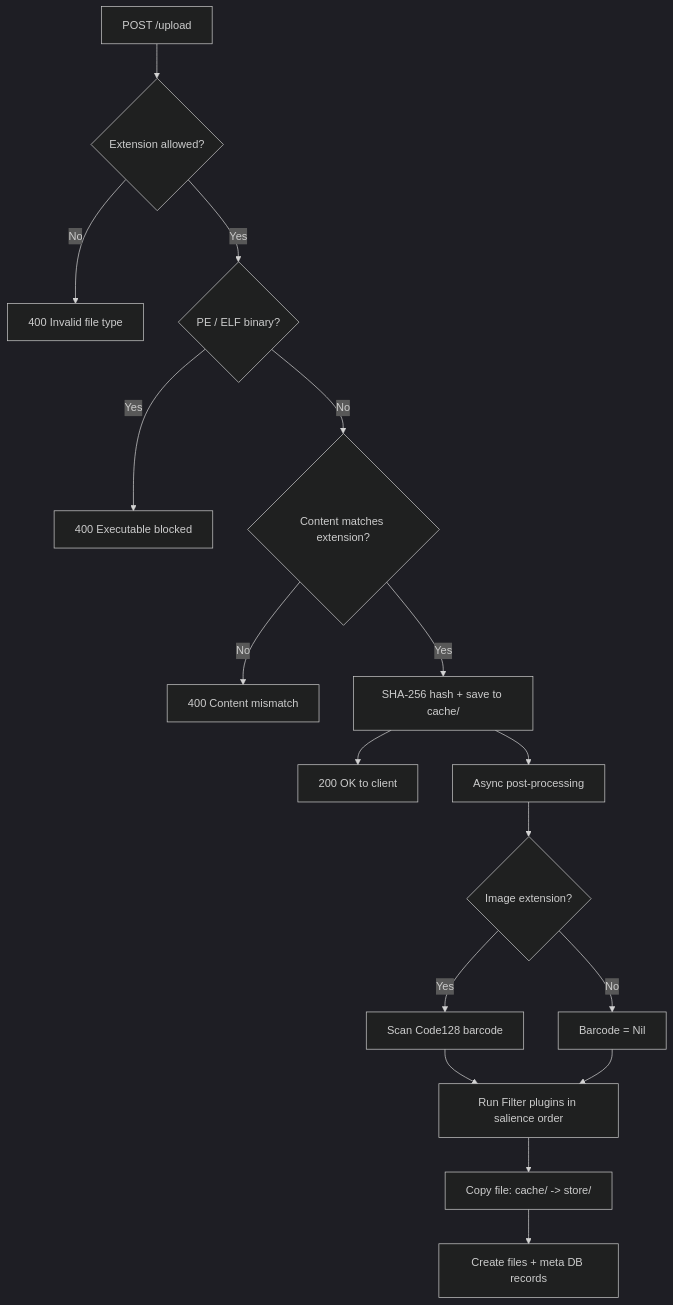
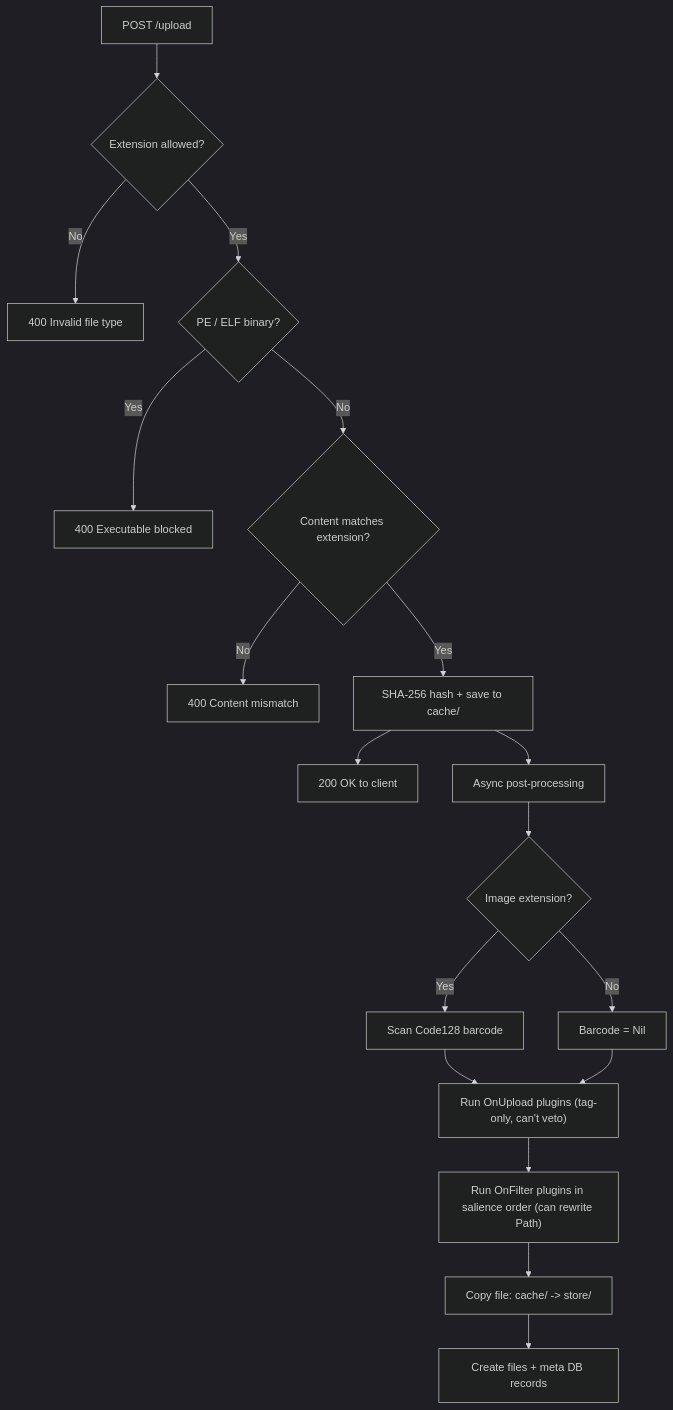
Before and after one commit to KilroyWasHere-cs-j/Dewey: the second of 4 diagrams in README.md, drawn with Mermaid (dark theme). The commit also changed other lines of this file and 2 other files, not shown here.

````diff
--- a/README.md
+++ b/README.md
@@ -86,19 +87,20 @@
 ```mermaid
 flowchart TD
     A["POST /upload"] --> B{"Extension allowed?"}
     B -- No --> R1["400 Invalid file type"]
     B -- Yes --> C{"PE / ELF binary?"}
     C -- Yes --> R2["400 Executable blocked"]
     C -- No --> D{"Content matches extension?"}
     D -- No --> R3["400 Content mismatch"]
     D -- Yes --> E["SHA-256 hash + save to cache/"]
     E --> F["200 OK to client"]
     E --> G["Async post-processing"]
     G --> H{"Image extension?"}
     H -- Yes --> I["Scan Code128 barcode"]
     H -- No --> J["Barcode = Nil"]
-    I --> K["Run Filter plugins in salience order"]
+    I --> K["Run OnUpload plugins (tag-only, can't veto)"]
     J --> K
-    K --> L["Copy file: cache/ -> store/"]
+    K --> K2["Run OnFilter plugins in salience order (can rewrite Path)"]
+    K2 --> L["Copy file: cache/ -> store/"]
     L --> M["Create files + meta DB records"]
 ```
````
